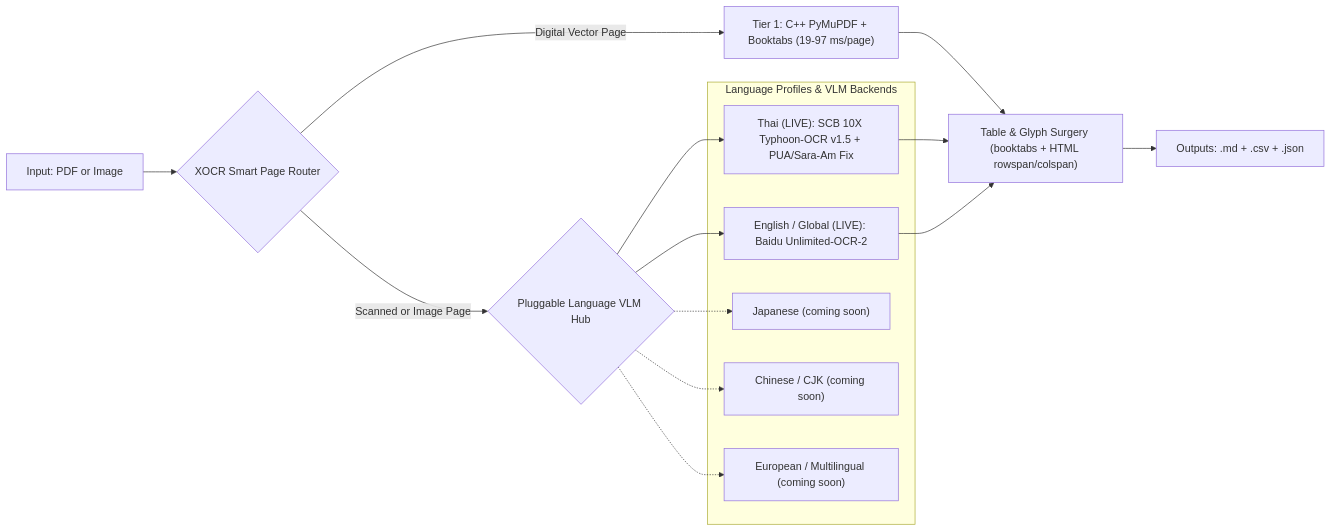
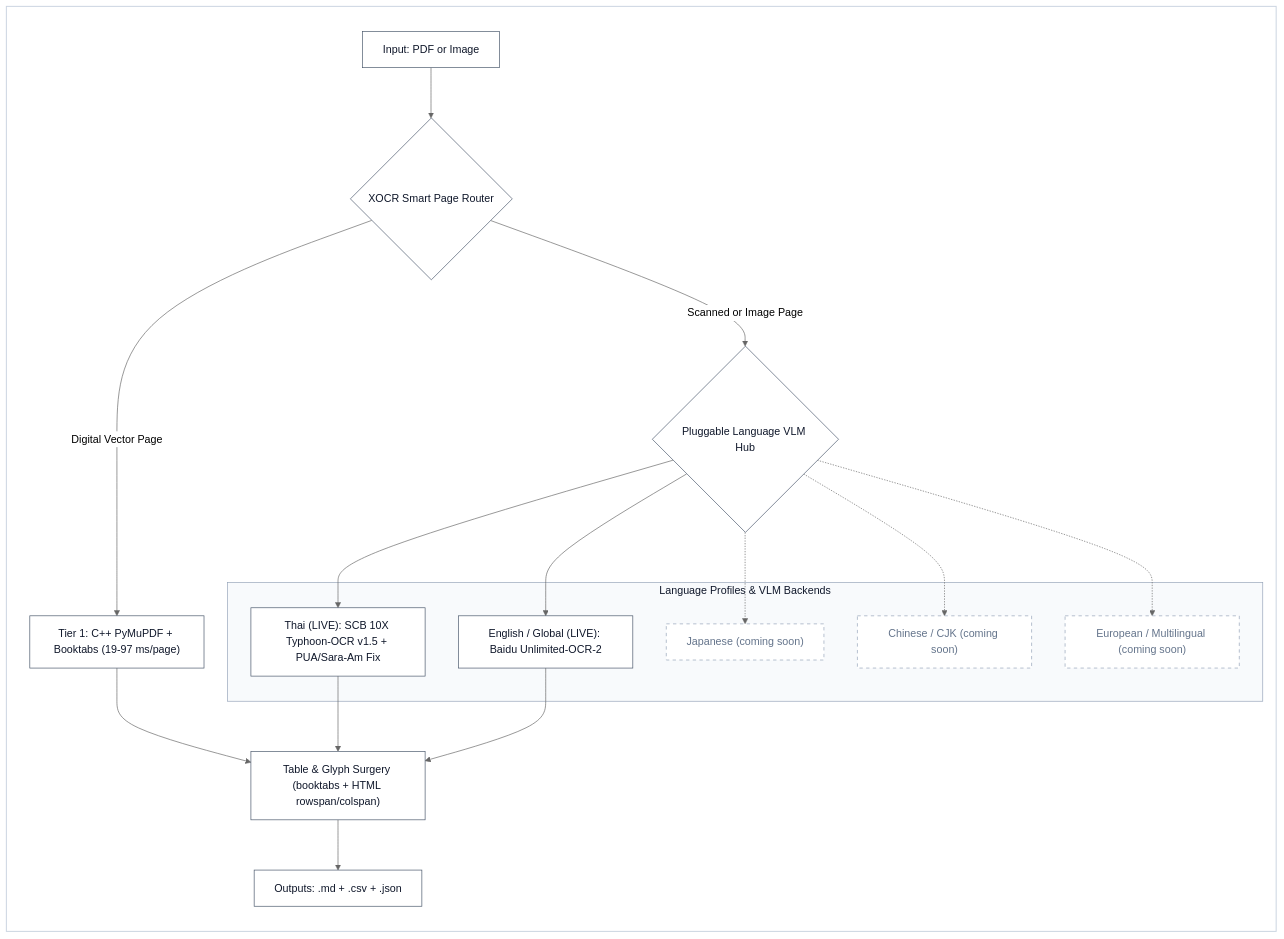
Before and after one commit to iscvlab/xocr: the first of 2 diagrams in README.md, drawn with Mermaid. The commit also changed other lines of this file and 2 other files, not shown here.

Commit message:
style(docs): enforce White-Mode Mermaid canvas across README, SKILL, and benchmark report

````diff
--- a/README.md
+++ b/README.md
@@ -40,25 +40,34 @@
 ```mermaid
+%%{init: {'theme': 'neutral'}}%%
 flowchart LR
-    In["Input: PDF or Image"] --> Router{"XOCR Smart Page Router"}
-    Router -->|"Digital Vector Page"| Fast["Tier 1: C++ PyMuPDF + Booktabs (19-97 ms/page)"]
-    Router -->|"Scanned or Image Page"| Hub{"Pluggable Language VLM Hub"}
+    subgraph Canvas [" "]
+        In["Input: PDF or Image"] --> Router{"XOCR Smart Page Router"}
+        Router -->|"Digital Vector Page"| Fast["Tier 1: C++ PyMuPDF + Booktabs (19-97 ms/page)"]
+        Router -->|"Scanned or Image Page"| Hub{"Pluggable Language VLM Hub"}
 
-    subgraph Profiles ["Language Profiles & VLM Backends"]
-        TH["Thai (LIVE): SCB 10X Typhoon-OCR v1.5 + PUA/Sara-Am Fix"]
-        EN["English / Global (LIVE): Baidu Unlimited-OCR-2"]
-        JP["Japanese (coming soon)"]
-        ZH["Chinese / CJK (coming soon)"]
-        EU["European / Multilingual (coming soon)"]
+        subgraph Profiles ["Language Profiles & VLM Backends"]
+            TH["Thai (LIVE): SCB 10X Typhoon-OCR v1.5 + PUA/Sara-Am Fix"]
+            EN["English / Global (LIVE): Baidu Unlimited-OCR-2"]
+            JP["Japanese (coming soon)"]
+            ZH["Chinese / CJK (coming soon)"]
+            EU["European / Multilingual (coming soon)"]
+        end
+
+        Hub --> TH
+        Hub --> EN
+        Hub -.-> JP
+        Hub -.-> ZH
+        Hub -.-> EU
+
+        Fast --> Surgery["Table & Glyph Surgery (booktabs + HTML rowspan/colspan)"]
+        TH --> Surgery
+        EN --> Surgery
+        Surgery --> Out["Outputs: .md + .csv + .json"]
     end
-
-    Hub --> TH
-    Hub --> EN
-    Hub -.-> JP
-    Hub -.-> ZH
-    Hub -.-> EU
-
-    Fast --> Surgery["Table & Glyph Surgery (booktabs + HTML rowspan/colspan)"]
-    TH --> Surgery
-    EN --> Surgery
-    Surgery --> Out["Outputs: .md + .csv + .json"]
+    classDef default fill:#ffffff,stroke:#475569,color:#0f172a,stroke-width:1px
+    style Canvas fill:#ffffff,stroke:#cbd5e1,stroke-width:1.5px,color:#0f172a
+    style Profiles fill:#f8fafc,stroke:#94a3b8,color:#0f172a
+    style JP fill:#ffffff,stroke:#94a3b8,stroke-dasharray: 5 5,color:#64748b
+    style ZH fill:#ffffff,stroke:#94a3b8,stroke-dasharray: 5 5,color:#64748b
+    style EU fill:#ffffff,stroke:#94a3b8,stroke-dasharray: 5 5,color:#64748b
 ```
````
